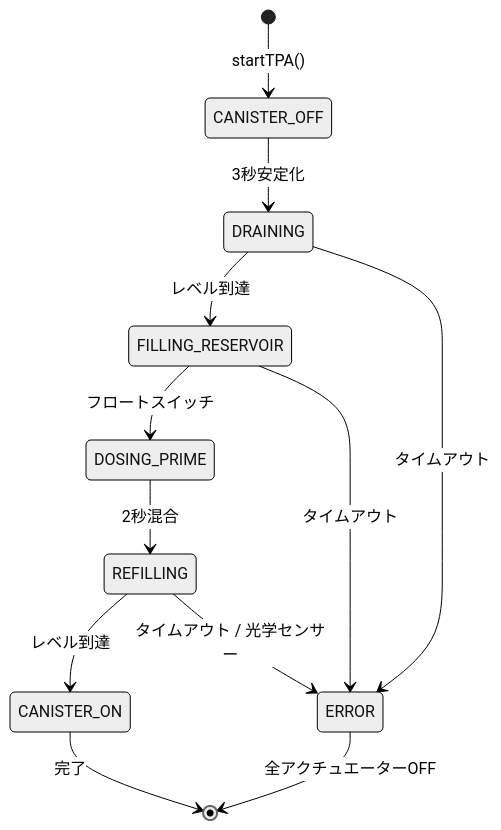
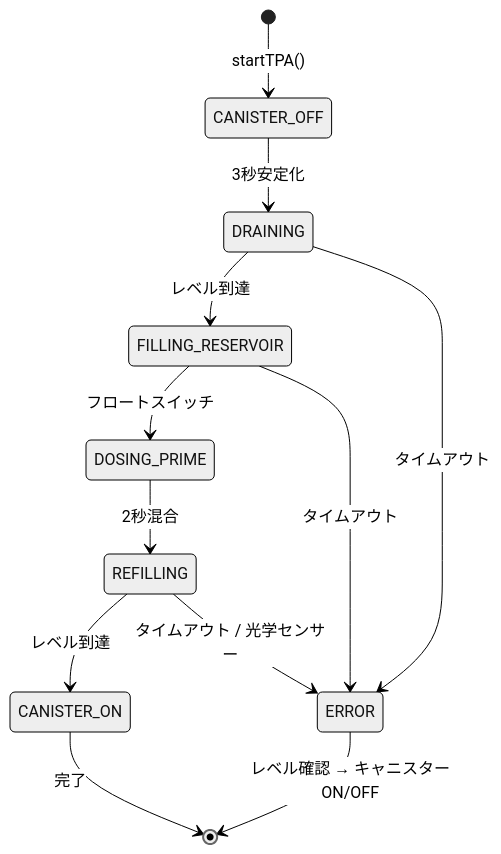
Before and after one commit to PhilipeGatis/SATPAFERT: the first of 2 diagrams in README.ja.md, drawn with Mermaid (neutral theme). The commit also changed other lines of this file and 3 other files, not shown here.

````diff
--- a/README.ja.md
+++ b/README.ja.md
@@ -73,15 +73,15 @@
 ```mermaid
 stateDiagram-v2
     [*] --> CANISTER_OFF: startTPA()
     CANISTER_OFF --> DRAINING: 3秒安定化
     DRAINING --> FILLING_RESERVOIR: レベル到達
     FILLING_RESERVOIR --> DOSING_PRIME: フロートスイッチ
     DOSING_PRIME --> REFILLING: 2秒混合
     REFILLING --> CANISTER_ON: レベル到達
     CANISTER_ON --> [*]: 完了
 
     DRAINING --> ERROR: タイムアウト
     FILLING_RESERVOIR --> ERROR: タイムアウト
     REFILLING --> ERROR: タイムアウト / 光学センサー
-    ERROR --> [*]: 全アクチュエーターOFF
+    ERROR --> [*]: レベル確認 → キャニスターON/OFF
 ```
````
